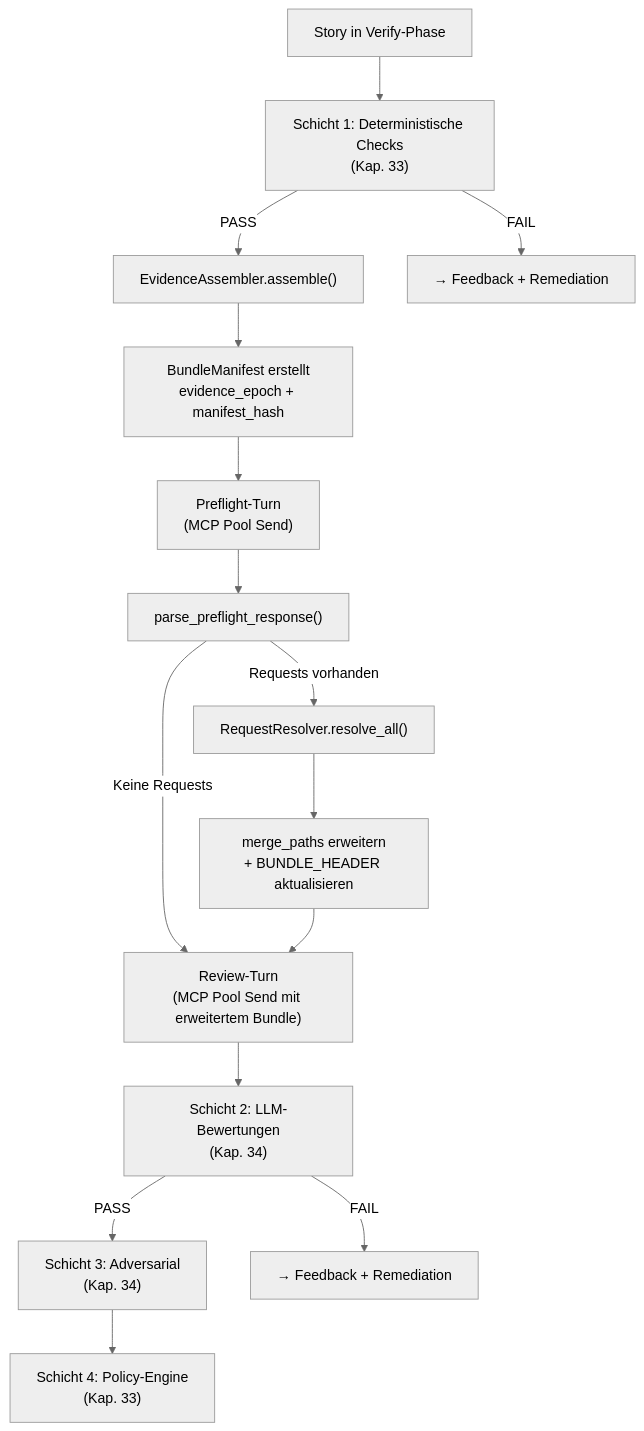
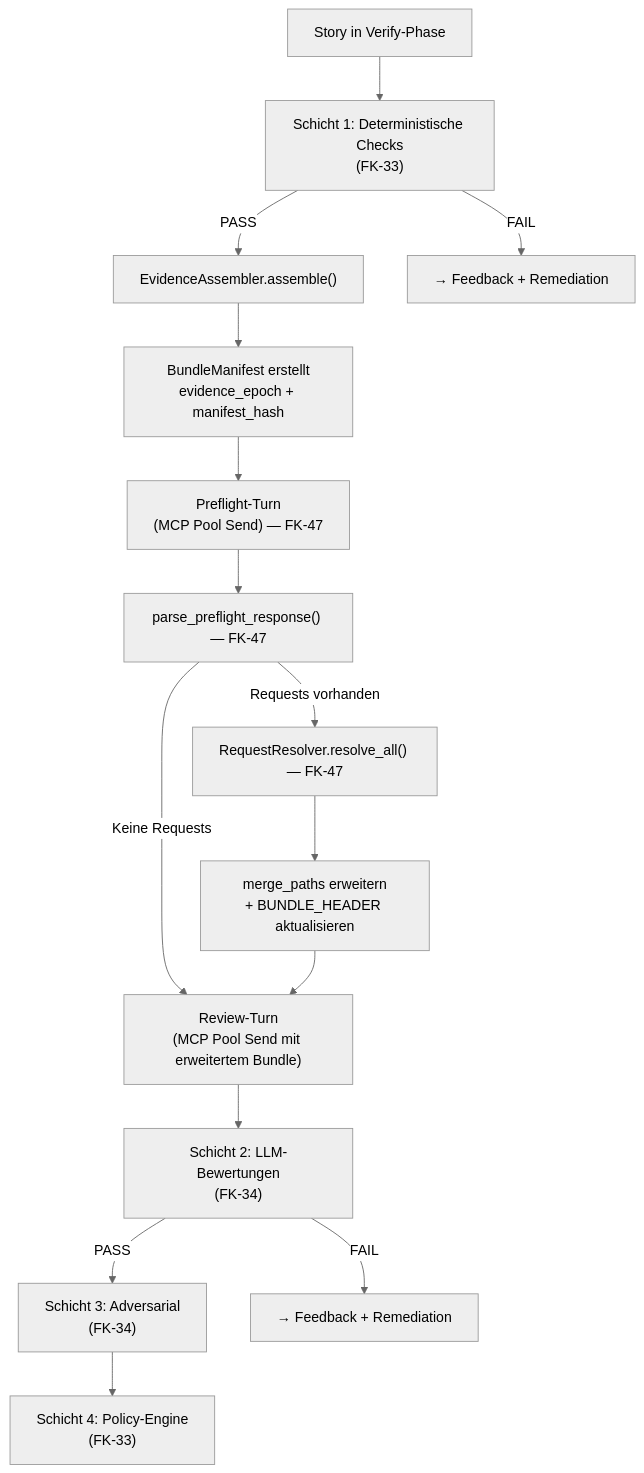
Before and after one commit to saltenhof/claude-agentkit3: the second of 2 diagrams in concept/technical-design/28_evidence_assembly_review_vorbereitung.md, drawn with Mermaid (neutral theme). The commit also changed other lines of this file and 112 other files, not shown here.

````diff
--- a/concept/technical-design/28_evidence_assembly_review_vorbereitung.md
+++ b/concept/technical-design/28_evidence_assembly_review_vorbereitung.md
@@ -1548,23 +838,23 @@
 ```mermaid
 flowchart TD
-    START["Story in Verify-Phase"] --> L1["Schicht 1: Deterministische Checks<br/>(Kap. 33)"]
+    START["Story in Verify-Phase"] --> L1["Schicht 1: Deterministische Checks<br/>(FK-33)"]
     L1 -->|PASS| ASSEMBLE["EvidenceAssembler.assemble()"]
     L1 -->|FAIL| FAIL_L1["→ Feedback + Remediation"]
 
     ASSEMBLE --> MANIFEST["BundleManifest erstellt<br/>evidence_epoch + manifest_hash"]
 
-    MANIFEST --> PREFLIGHT["Preflight-Turn<br/>(MCP Pool Send)"]
-    PREFLIGHT --> PARSE["parse_preflight_response()"]
+    MANIFEST --> PREFLIGHT["Preflight-Turn<br/>(MCP Pool Send) — FK-47"]
+    PREFLIGHT --> PARSE["parse_preflight_response() — FK-47"]
 
-    PARSE -->|Requests vorhanden| RESOLVE["RequestResolver.resolve_all()"]
+    PARSE -->|Requests vorhanden| RESOLVE["RequestResolver.resolve_all() — FK-47"]
     PARSE -->|Keine Requests| REVIEW
 
     RESOLVE --> EXTEND["merge_paths erweitern<br/>+ BUNDLE_HEADER aktualisieren"]
     EXTEND --> REVIEW
 
     REVIEW["Review-Turn<br/>(MCP Pool Send mit erweitertem Bundle)"]
-    REVIEW --> L2["Schicht 2: LLM-Bewertungen<br/>(Kap. 34)"]
-    L2 -->|PASS| L3["Schicht 3: Adversarial<br/>(Kap. 34)"]
+    REVIEW --> L2["Schicht 2: LLM-Bewertungen<br/>(FK-34)"]
+    L2 -->|PASS| L3["Schicht 3: Adversarial<br/>(FK-34)"]
     L2 -->|FAIL| FAIL_L2["→ Feedback + Remediation"]
-    L3 --> L4["Schicht 4: Policy-Engine<br/>(Kap. 33)"]
+    L3 --> L4["Schicht 4: Policy-Engine<br/>(FK-33)"]
 ```
````
